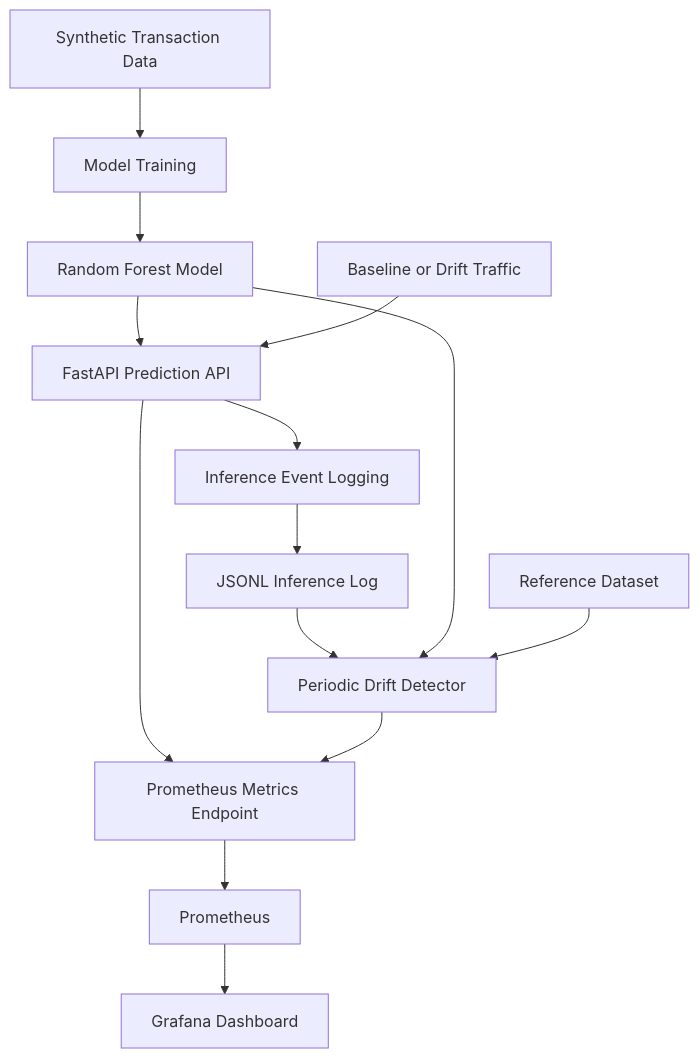
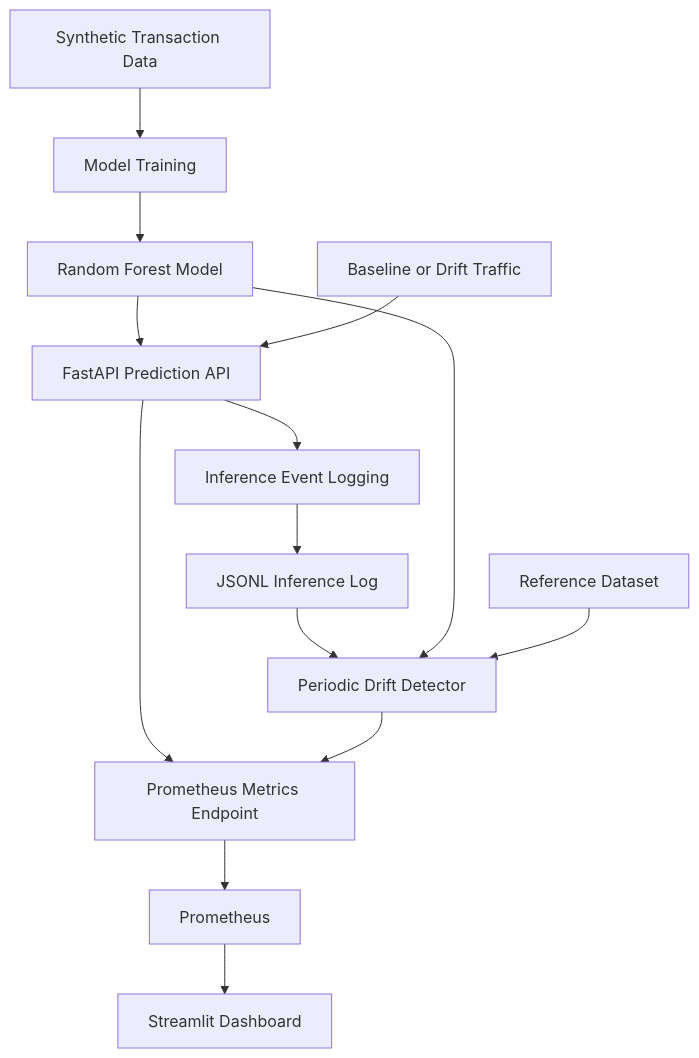
One commit to aditig-byte/SentinelML changed the diagram in README.md. Above: the diagram before and after it, drawn with Mermaid. The commit also changed other lines of this file, not shown here.

````diff
--- a/README.md
+++ b/README.md
@@ -21,16 +21,16 @@
 ```mermaid
 flowchart TD
     A[Synthetic Transaction Data] --> B[Model Training]
     B --> C[Random Forest Model]
     C --> D[FastAPI Prediction API]
     E[Baseline or Drift Traffic] --> D
     D --> F[Inference Event Logging]
     F --> G[JSONL Inference Log]
     G --> H[Periodic Drift Detector]
     C --> H
     I[Reference Dataset] --> H
     D --> J[Prometheus Metrics Endpoint]
     H --> J
     J --> K[Prometheus]
-    K --> L[Grafana Dashboard]
+    K --> L[Streamlit Dashboard]
 ```
````
